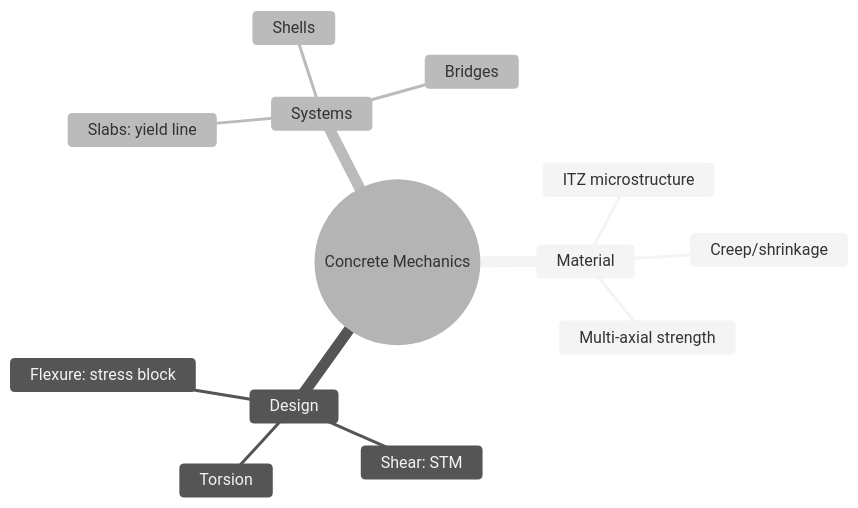
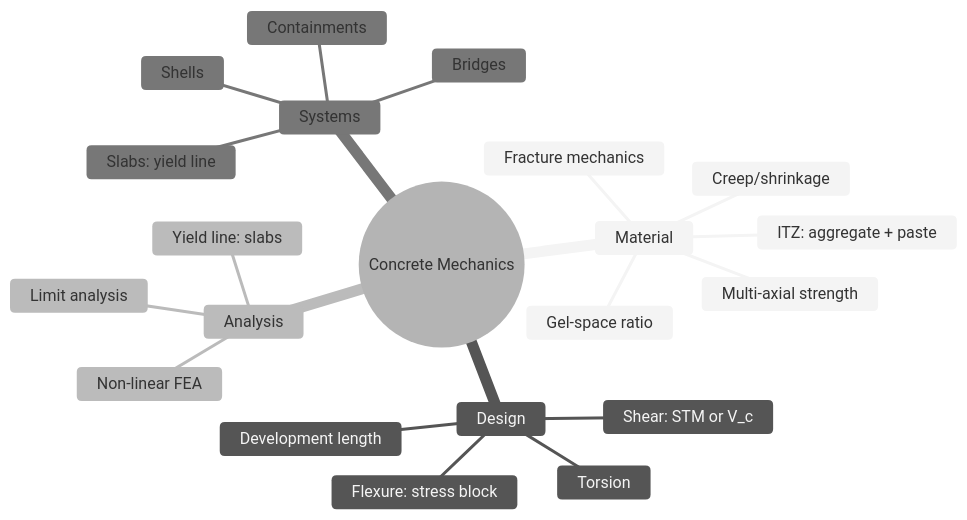
Before and after one commit to yip-lgtm/civil-bootcamp: the first of 5 diagrams in MIT_CEE_MEng_SMD/04_1.541_Concrete_Structures.md, drawn with Mermaid (neutral theme). The commit also changed other lines of this file and 8 other files, not shown here.

````diff
--- a/MIT_CEE_MEng_SMD/04_1.541_Concrete_Structures.md
+++ b/MIT_CEE_MEng_SMD/04_1.541_Concrete_Structures.md
@@ -206,16 +302,24 @@
 ```mermaid
 mindmap
     root((Concrete Mechanics))
         Material
-            ITZ microstructure
+            ITZ: aggregate + paste
+            Gel-space ratio
             Creep/shrinkage
             Multi-axial strength
+            Fracture mechanics
         Design
             Flexure: stress block
-            Shear: STM
+            Shear: STM or V_c
             Torsion
+            Development length
+        Analysis
+            Yield line: slabs
+            Non-linear FEA
+            Limit analysis
         Systems
             Slabs: yield line
             Shells
             Bridges
+            Containments
 ```
````
